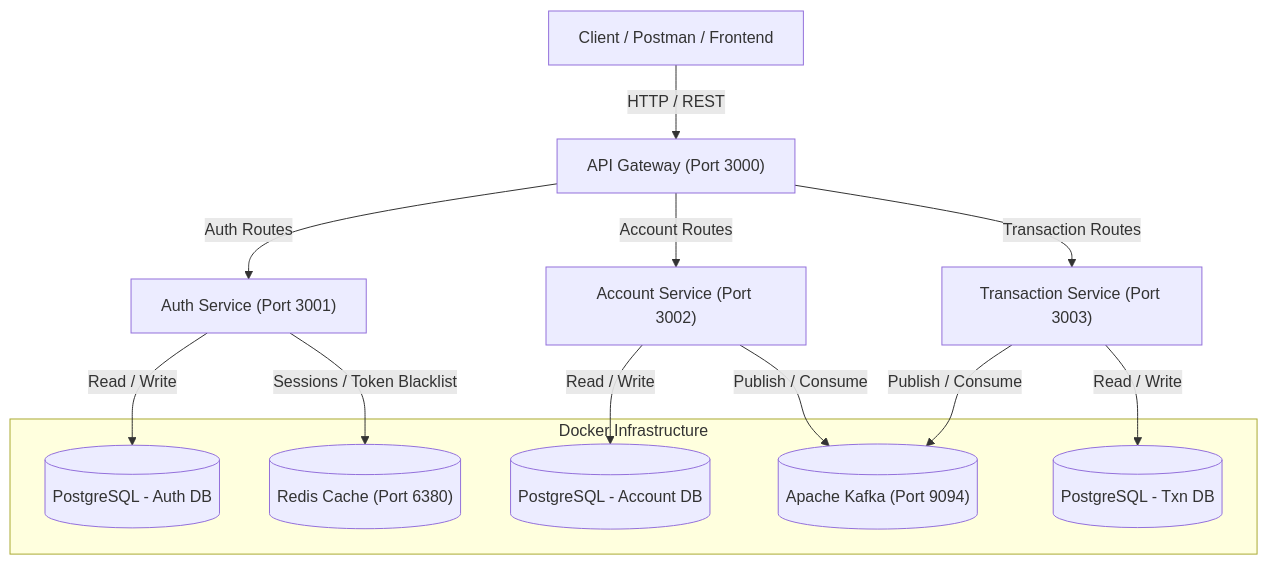
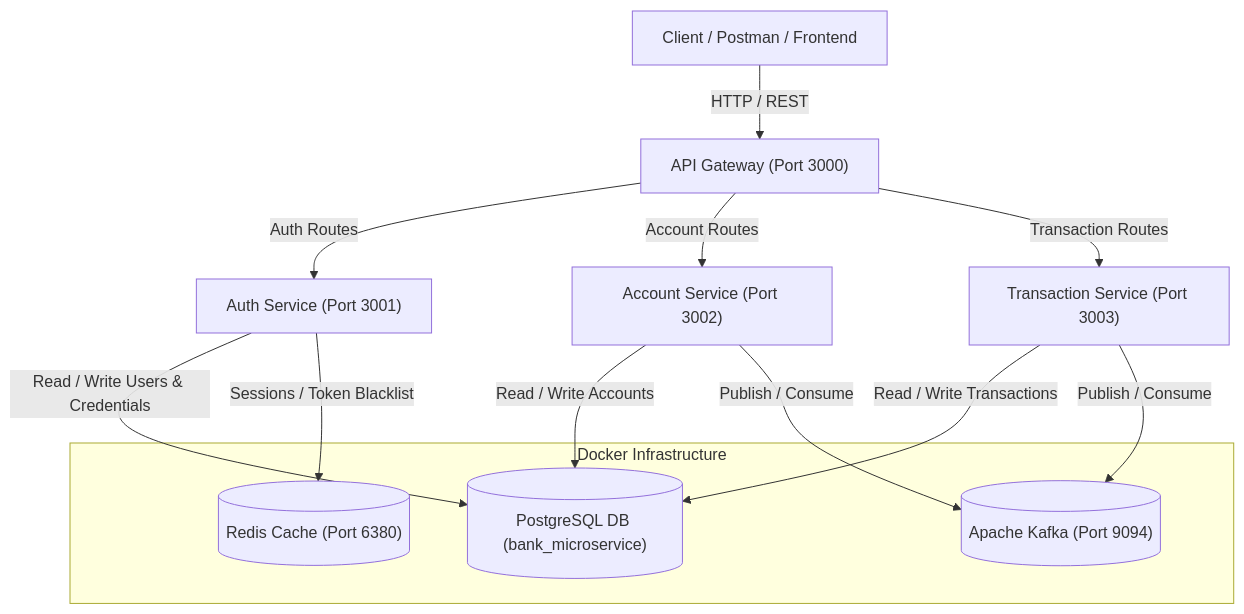
One commit to Arghya003/Bank-Miroservice changed the first of 3 diagrams in README.md. Above: the diagram before and after it, drawn with Mermaid. The commit also changed other lines of this file, not shown here.

````diff
--- a/README.md
+++ b/README.md
@@ -11,25 +11,23 @@
 ```mermaid
 graph TD
     Client["Client / Postman / Frontend"] -->|HTTP / REST| Gateway["API Gateway (Port 3000)"]
     
     Gateway -->|Auth Routes| AuthSvc["Auth Service (Port 3001)"]
     Gateway -->|Account Routes| AccountSvc["Account Service (Port 3002)"]
     Gateway -->|Transaction Routes| TxnSvc["Transaction Service (Port 3003)"]
 
-    AuthSvc -->|Read / Write| AuthDB[("PostgreSQL - Auth DB")]
+    AuthSvc -->|Read / Write Users & Credentials| PostgresDB[("PostgreSQL DB (bank_microservice)")]
     AuthSvc -->|Sessions / Token Blacklist| RedisDB[("Redis Cache (Port 6380)")]
 
-    AccountSvc -->|Read / Write| AccountDB[("PostgreSQL - Account DB")]
+    AccountSvc -->|Read / Write Accounts| PostgresDB
     AccountSvc -->|Publish / Consume| Kafka[("Apache Kafka (Port 9094)")]
 
-    TxnSvc -->|Read / Write| TxnDB[("PostgreSQL - Txn DB")]
+    TxnSvc -->|Read / Write Transactions| PostgresDB
     TxnSvc -->|Publish / Consume| Kafka
 
     subgraph Infrastructure ["Docker Infrastructure"]
-        AuthDB
-        AccountDB
-        TxnDB
+        PostgresDB
         RedisDB
         Kafka
     end
 ```
````
